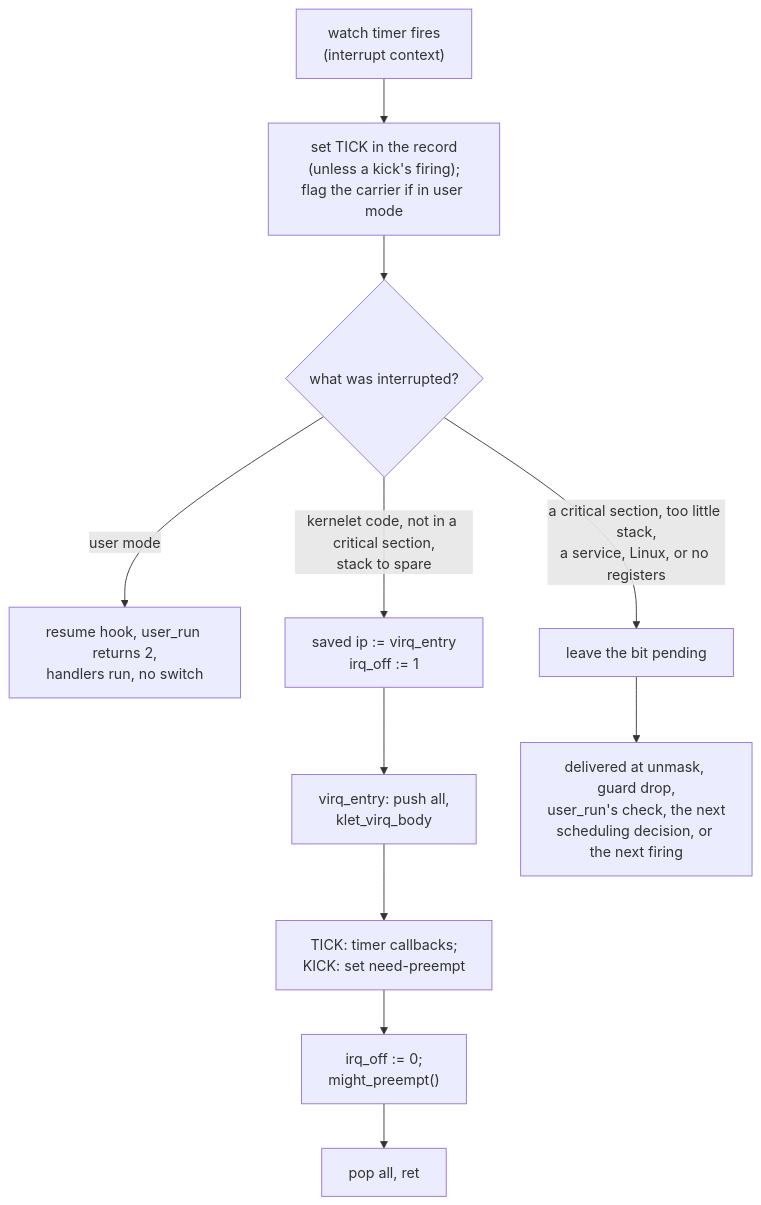
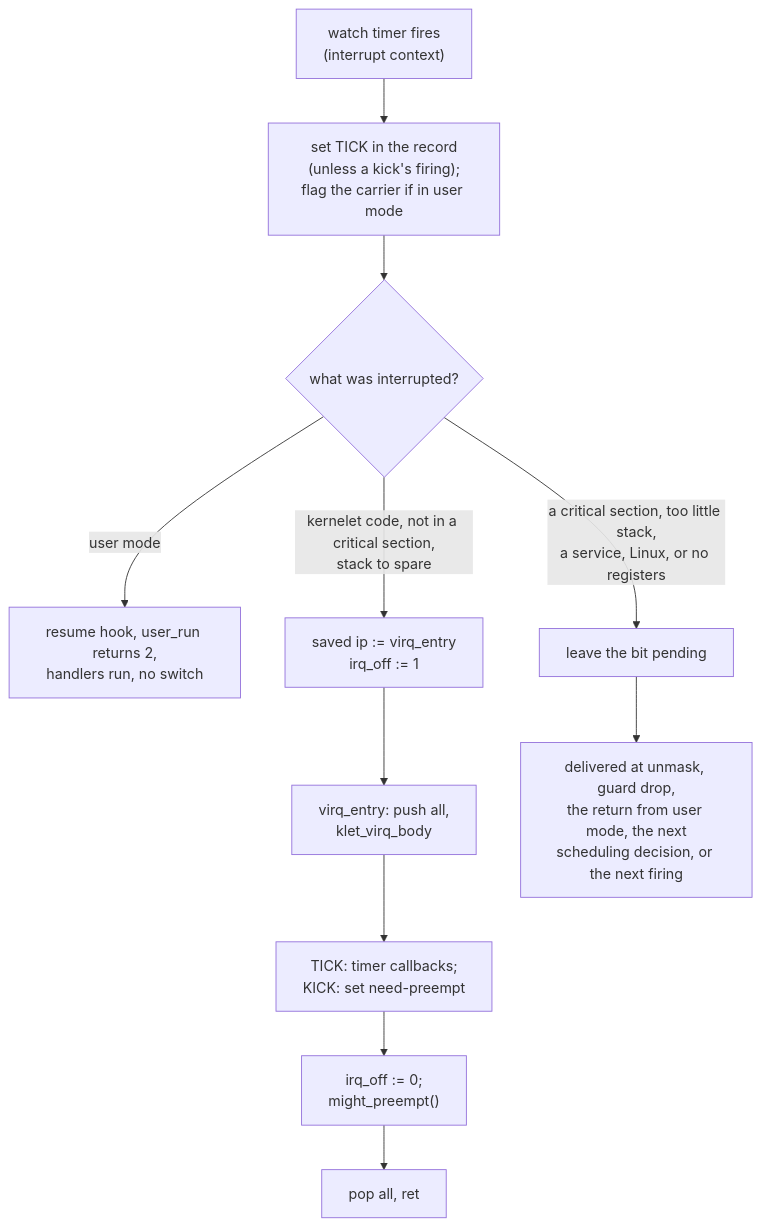
One commit to Plucky923/kernelet changed the diagram in src/virtual-interrupts.md. Above: the diagram before and after it, drawn with Mermaid. The commit also changed other lines of this file, not shown here.

````diff
--- a/src/virtual-interrupts.md
+++ b/src/virtual-interrupts.md
@@ -185,13 +195,13 @@
 ```mermaid
 flowchart TB
     t["watch timer fires<br/>(interrupt context)"] --> raise["set TICK in the record<br/>(unless a kick's firing);<br/>flag the carrier if in user mode"]
     raise --> where{"what was interrupted?"}
     where -- "user mode" --> flag["resume hook, user_run returns 2,<br/>handlers run, no switch"]
     where -- "kernelet code, not in a critical section,<br/>stack to spare" --> redir["saved ip := virq_entry<br/>irq_off := 1"]
     where -- "a critical section, too little stack,<br/>a service, Linux, or no registers" --> pend["leave the bit pending"]
     redir --> stub["virq_entry: push all,<br/>klet_virq_body"]
     stub --> h["TICK: timer callbacks;<br/>KICK: set need-preempt"]
     h --> pre["irq_off := 0;<br/>might_preempt()"]
     pre --> ret["pop all, ret"]
-    pend --> later["delivered at unmask, guard drop,<br/>user_run's check, the next<br/>scheduling decision, or the next firing"]
+    pend --> later["delivered at unmask, guard drop,<br/>the return from user mode, the next<br/>scheduling decision, or the next firing"]
 ```
````
